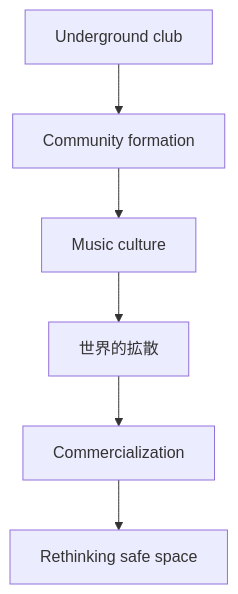
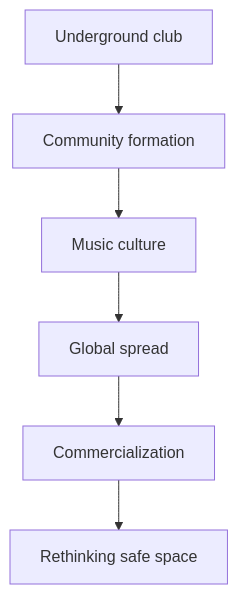
One commit to monumental-movement/monumental-movement.github.io changed the seventh of 7 diagrams in en/_posts/2026-05-24-column-lgbtq-dance.md. Above: the diagram before and after it, drawn with Mermaid. The commit also changed other lines of this file and 851 other files, not shown here.

```diff
--- a/en/_posts/2026-05-24-column-lgbtq-dance.md
+++ b/en/_posts/2026-05-24-column-lgbtq-dance.md
@@ -341,8 +341,8 @@
 <div class="mermaid">
 flowchart TD
     A["Underground club"] --> B["Community formation"]
     B --> C["Music culture"]
-    C --> D["世界的拡散"]
+    C --> D["Global spread"]
     D --> E["Commercialization"]
     E --> F["Rethinking safe space"]
 </div>
```
